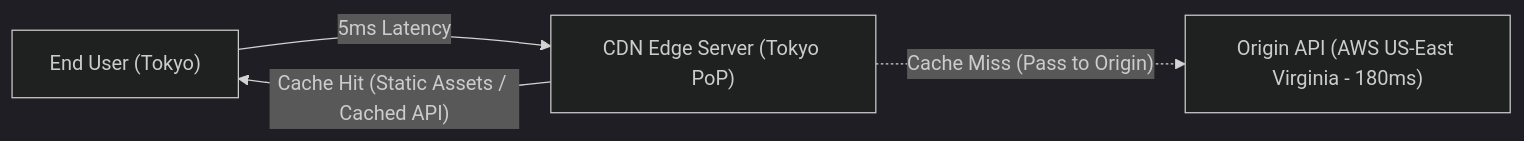
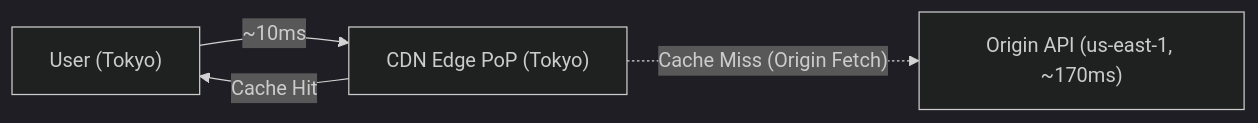
The fifth of 5 diagrams in content/roadmap/level-13/system-design-scalability-patterns.md (ravishankar2463/java_hub), drawn with Mermaid (dark theme) before and after one commit. The commit also changed other lines of this file and 119 other files, not shown here.

Commit message:
feat: add comprehensive java learning roadmap content across multiple levels

````diff
--- a/content/roadmap/level-13/system-design-scalability-patterns.md
+++ b/content/roadmap/level-13/system-design-scalability-patterns.md
@@ -207,7 +360,6 @@
 ```mermaid
 flowchart LR
-    User["End User (Tokyo)"] -->|"5ms Latency"| PoP["CDN Edge Server (Tokyo PoP)"]
-    
-    PoP -->|"Cache Hit (Static Assets / Cached API)"| User
-    PoP -.->|"Cache Miss (Pass to Origin)"| Origin["Origin API (AWS US-East Virginia - 180ms)"]
+    user["User (Tokyo)"] -->|"~10ms"| pop["CDN Edge PoP (Tokyo)"]
+    pop -->|"Cache Hit"| user
+    pop -.->|"Cache Miss (Origin Fetch)"| origin["Origin API (us-east-1, ~170ms)"]
 ```
````
